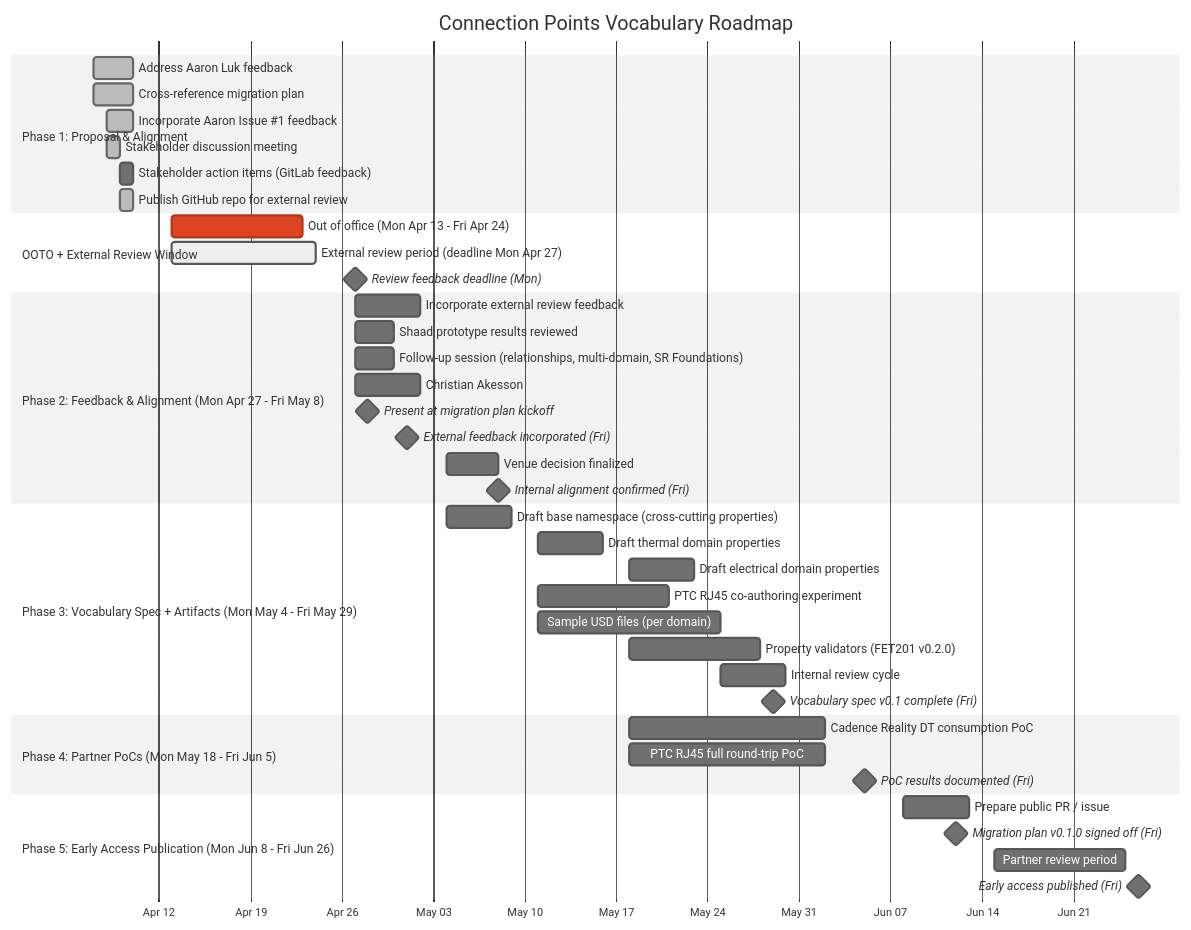
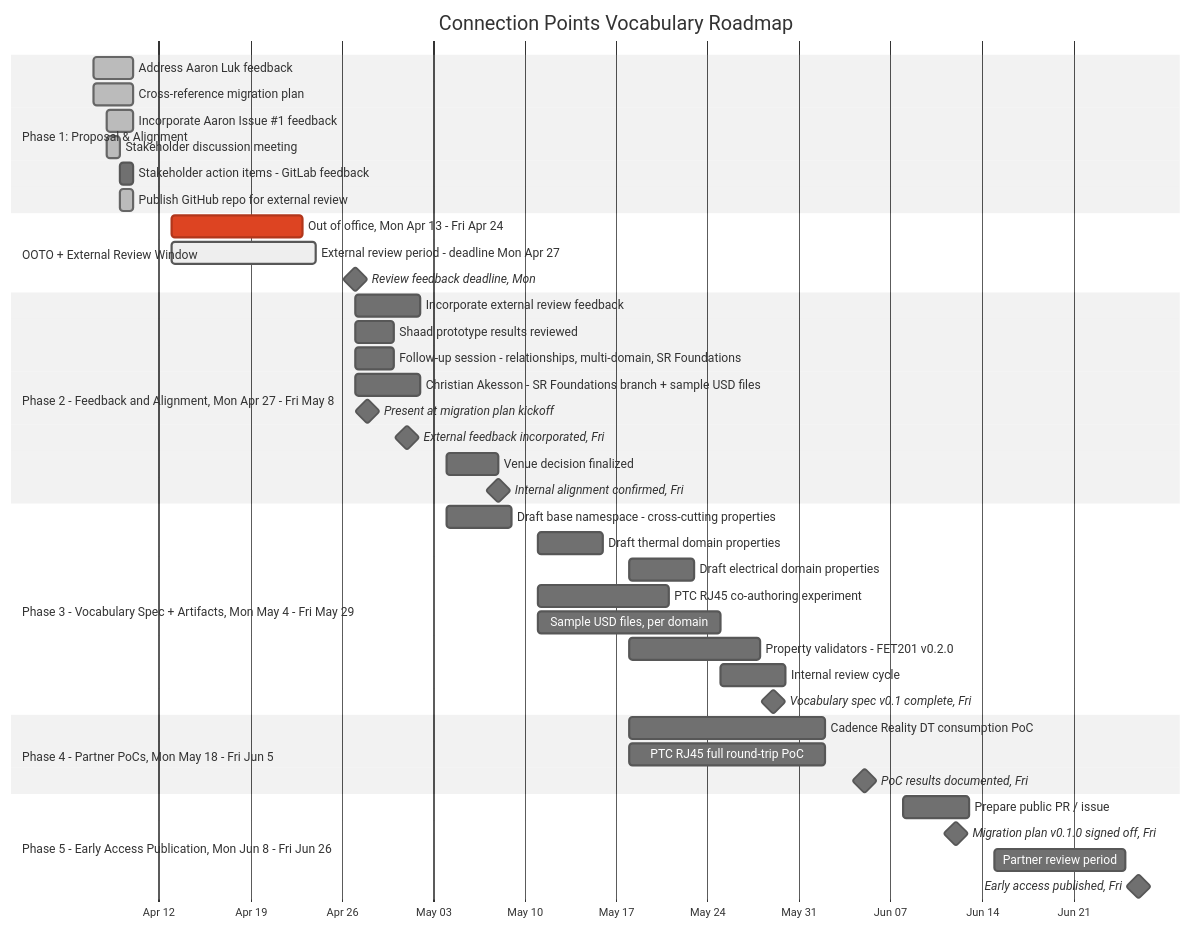
The diagram in CONNECTION_POINTS_ROADMAP.md (bperschall/connection_points_proposal_draft), drawn with Mermaid (neutral theme) before and after one commit.

Commit message:
Fix Mermaid Gantt chart syntax for GitLab rendering - remove parentheses and colons from task names
Made-with: Cursor

````diff
--- a/CONNECTION_POINTS_ROADMAP.md
+++ b/CONNECTION_POINTS_ROADMAP.md
@@ -61,50 +61,50 @@
 ```mermaid
 gantt
     title Connection Points Vocabulary Roadmap
     dateFormat YYYY-MM-DD
     axisFormat %b %d
 
     section Phase 1: Proposal & Alignment
     Address Aaron Luk feedback          :done, p1a, 2026-04-07, 3d
     Cross-reference migration plan      :done, p1b, 2026-04-07, 3d
     Incorporate Aaron Issue #1 feedback :done, p1b2, 2026-04-08, 2d
     Stakeholder discussion meeting      :done, p1c, 2026-04-08, 1d
-    Stakeholder action items (GitLab feedback) :p1d, 2026-04-09, 1d
+    Stakeholder action items - GitLab feedback :p1d, 2026-04-09, 1d
     Publish GitHub repo for external review :done, p1e, 2026-04-09, 1d
 
     section OOTO + External Review Window
-    Out of office (Mon Apr 13 - Fri Apr 24) :crit, ooto, 2026-04-13, 10d
-    External review period (deadline Mon Apr 27) :active, p1f, 2026-04-13, 11d
-    Review feedback deadline (Mon)      :milestone, m0, 2026-04-27, 0d
+    Out of office, Mon Apr 13 - Fri Apr 24 :crit, ooto, 2026-04-13, 10d
+    External review period - deadline Mon Apr 27 :active, p1f, 2026-04-13, 11d
+    Review feedback deadline, Mon        :milestone, m0, 2026-04-27, 0d
 
-    section Phase 2: Feedback & Alignment (Mon Apr 27 - Fri May 8)
+    section Phase 2 - Feedback and Alignment, Mon Apr 27 - Fri May 8
     Incorporate external review feedback :p2pre, 2026-04-27, 5d
     Shaad prototype results reviewed      :p2shaad, 2026-04-27, 3d
-    Follow-up session (relationships, multi-domain, SR Foundations) :p2a, 2026-04-27, 3d
-    Christian Akesson: SR Foundations branch + sample USD files :p2b, 2026-04-27, 5d
+    Follow-up session - relationships, multi-domain, SR Foundations :p2a, 2026-04-27, 3d
+    Christian Akesson - SR Foundations branch + sample USD files :p2b, 2026-04-27, 5d
     Present at migration plan kickoff   :milestone, m1, 2026-04-28, 0d
-    External feedback incorporated (Fri) :milestone, m1b, 2026-05-01, 0d
+    External feedback incorporated, Fri  :milestone, m1b, 2026-05-01, 0d
     Venue decision finalized            :p2c, 2026-05-04, 4d
-    Internal alignment confirmed (Fri)  :milestone, m2, 2026-05-08, 0d
+    Internal alignment confirmed, Fri    :milestone, m2, 2026-05-08, 0d
 
-    section Phase 3: Vocabulary Spec + Artifacts (Mon May 4 - Fri May 29)
-    Draft base namespace (cross-cutting properties) :p3a, 2026-05-04, 5d
+    section Phase 3 - Vocabulary Spec + Artifacts, Mon May 4 - Fri May 29
+    Draft base namespace - cross-cutting properties :p3a, 2026-05-04, 5d
     Draft thermal domain properties     :p3b, 2026-05-11, 5d
     Draft electrical domain properties  :p3c, 2026-05-18, 5d
     PTC RJ45 co-authoring experiment    :p3g, 2026-05-11, 10d
-    Sample USD files (per domain)       :p3d, 2026-05-11, 14d
-    Property validators (FET201 v0.2.0) :p3e, 2026-05-18, 10d
+    Sample USD files, per domain         :p3d, 2026-05-11, 14d
+    Property validators - FET201 v0.2.0 :p3e, 2026-05-18, 10d
     Internal review cycle               :p3f, 2026-05-25, 5d
-    Vocabulary spec v0.1 complete (Fri) :milestone, m3, 2026-05-29, 0d
+    Vocabulary spec v0.1 complete, Fri   :milestone, m3, 2026-05-29, 0d
 
-    section Phase 4: Partner PoCs (Mon May 18 - Fri Jun 5)
+    section Phase 4 - Partner PoCs, Mon May 18 - Fri Jun 5
     Cadence Reality DT consumption PoC  :p4a, 2026-05-18, 15d
     PTC RJ45 full round-trip PoC       :p4b, 2026-05-18, 15d
-    PoC results documented (Fri)        :milestone, m4, 2026-06-05, 0d
+    PoC results documented, Fri          :milestone, m4, 2026-06-05, 0d
 
-    section Phase 5: Early Access Publication (Mon Jun 8 - Fri Jun 26)
+    section Phase 5 - Early Access Publication, Mon Jun 8 - Fri Jun 26
     Prepare public PR / issue           :p5a, 2026-06-08, 5d
-    Migration plan v0.1.0 signed off (Fri) :milestone, m5, 2026-06-12, 0d
+    Migration plan v0.1.0 signed off, Fri :milestone, m5, 2026-06-12, 0d
     Partner review period               :p5b, 2026-06-15, 10d
-    Early access published (Fri)        :milestone, m6, 2026-06-26, 0d
+    Early access published, Fri          :milestone, m6, 2026-06-26, 0d
 ```
````
